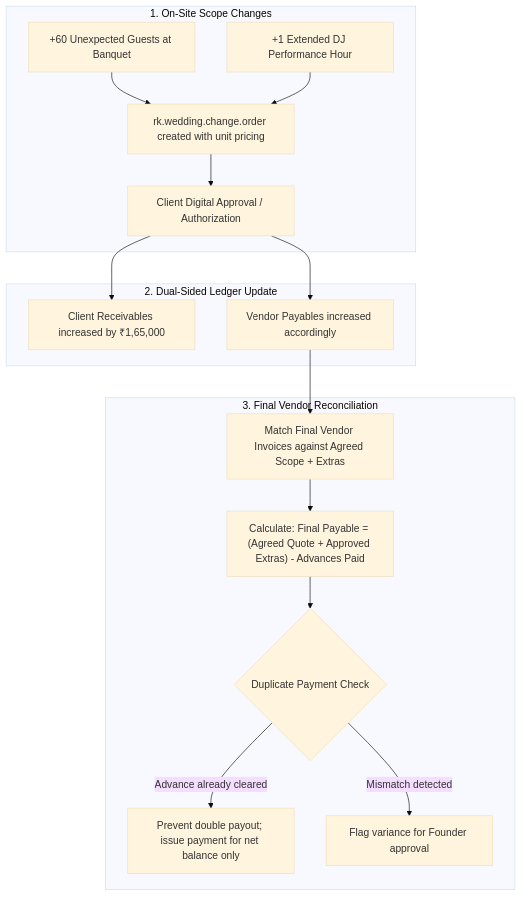
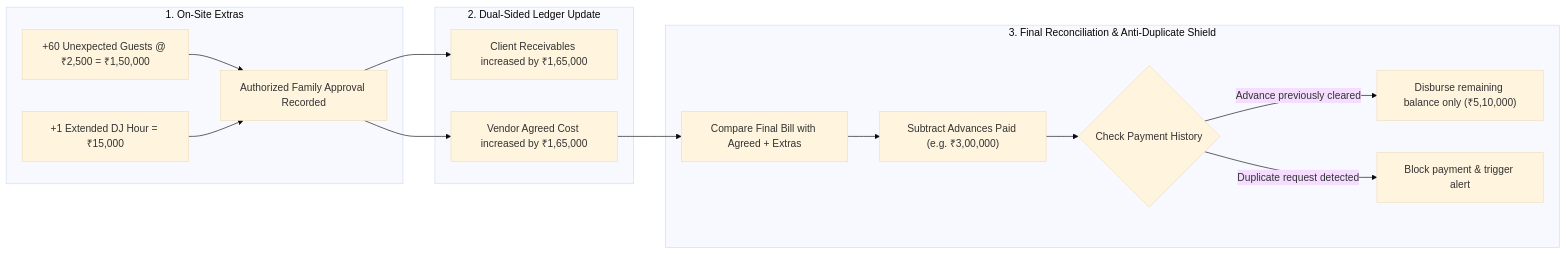
The fifth of 6 diagrams in README.md (pavankarthikeyaatchyuta-lab/ODOO_Finals), drawn with Mermaid (base theme) before and after one commit. The commit also changed other lines of this file, not shown here.

Commit message:
docs: integrate 8 core modules, timeline change & vendor acknowledgement differentiator, and updated architectures

````diff
--- a/README.md
+++ b/README.md
@@ -226,23 +247,21 @@
 ```mermaid
-flowchart TD
-    subgraph Day_Of_Scope_Change["1. On-Site Scope Changes"]
-        E1["+60 Unexpected Guests at Banquet"]
-        E2["+1 Extended DJ Performance Hour"]
-        E1 --> CO["rk.wedding.change.order created with unit pricing"]
-        E2 --> CO
-        CO --> Appr["Client Digital Approval / Authorization"]
+flowchart LR
+    subgraph On_Site_Change["1. On-Site Extras"]
+        C1["+60 Unexpected Guests @ ₹2,500 = ₹1,50,000"]
+        C2["+1 Extended DJ Hour = ₹15,000"]
+        C1 & C2 --> Appr["Authorized Family Approval Recorded"]
     end
 
-    subgraph Dual_Sided_Ledger["2. Dual-Sided Ledger Update"]
+    subgraph Ledger_Adjustment["2. Dual-Sided Ledger Update"]
         Appr --> Rev["Client Receivables increased by ₹1,65,000"]
-        Appr --> Cost["Vendor Payables increased accordingly"]
+        Appr --> Cost["Vendor Agreed Cost increased by ₹1,65,000"]
     end
 
-    subgraph Final_Reconciliation["3. Final Vendor Reconciliation"]
-        Cost --> Rec["Match Final Vendor Invoices against Agreed Scope + Extras"]
-        Rec --> Net["Calculate: Final Payable = (Agreed Quote + Approved Extras) - Advances Paid"]
-        Net --> DupCheck{"Duplicate Payment Check"}
-        DupCheck -->|"Advance already cleared"| Safe["Prevent double payout; issue payment for net balance only"]
-        DupCheck -->|"Mismatch detected"| Flag["Flag variance for Founder approval"]
+    subgraph Settlement_Safety["3. Final Reconciliation & Anti-Duplicate Shield"]
+        Cost --> Match["Compare Final Bill with Agreed + Extras"]
+        Match --> Deduct["Subtract Advances Paid (e.g. ₹3,00,000)"]
+        Deduct --> Guard{"Check Payment History"}
+        Guard -->|"Advance previously cleared"| FinalPay["Disburse remaining balance only (₹5,10,000)"]
+        Guard -->|"Duplicate request detected"| Block["Block payment & trigger alert"]
     end
 ```
````
